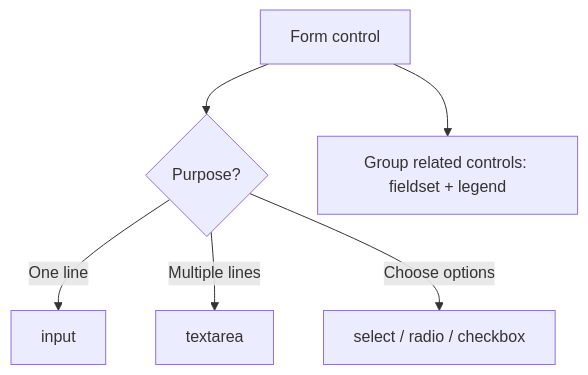
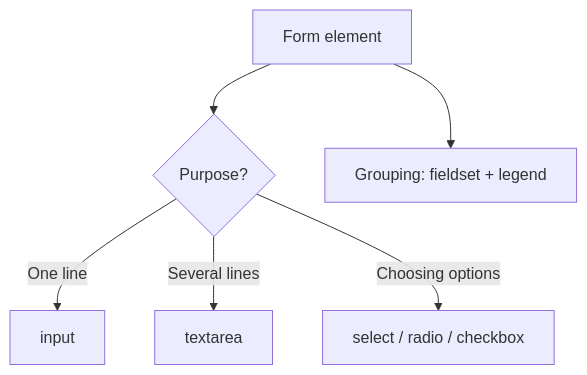
One commit to JLearn-space/JLearn-docs changed the first of 2 diagrams in HTML/Lesson-7/en/Forms part 2.md. Above: the diagram before and after it, drawn with Mermaid. The commit also changed other lines of this file and 148 other files, not shown here.

````diff
--- a/HTML/Lesson-7/en/Forms part 2.md
+++ b/HTML/Lesson-7/en/Forms part 2.md
@@ -7,8 +17,8 @@
 ```mermaid
 flowchart TD
- A["Form control"] --> B{"Purpose?"}
+ A["Form element"] --> B{"Purpose?"}
  B -->|"One line"| C["input"]
- B -->|"Multiple lines"| D["textarea"]
- B -->|"Choose options"| E["select / radio / checkbox"]
- A --> F["Group related controls: fieldset + legend"]
+ B -->|"Several lines"| D["textarea"]
+ B -->|"Choosing options"| E["select / radio / checkbox"]
+ A --> F["Grouping: fieldset + legend"]
 ```
````
